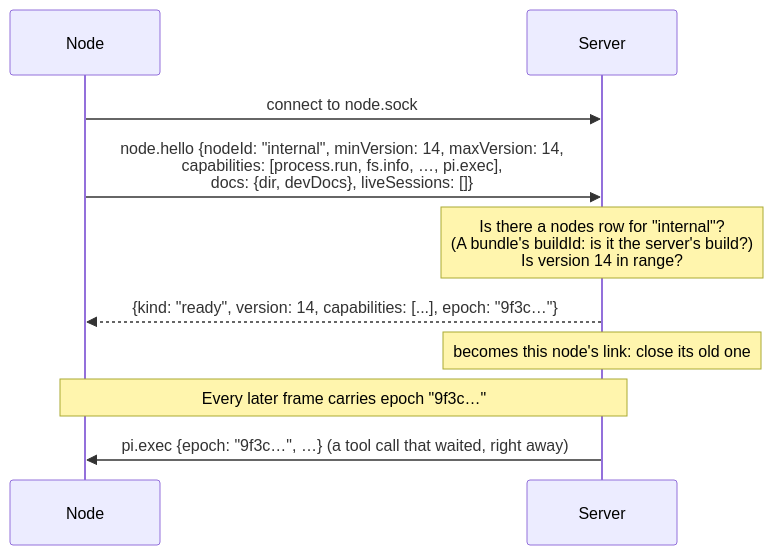
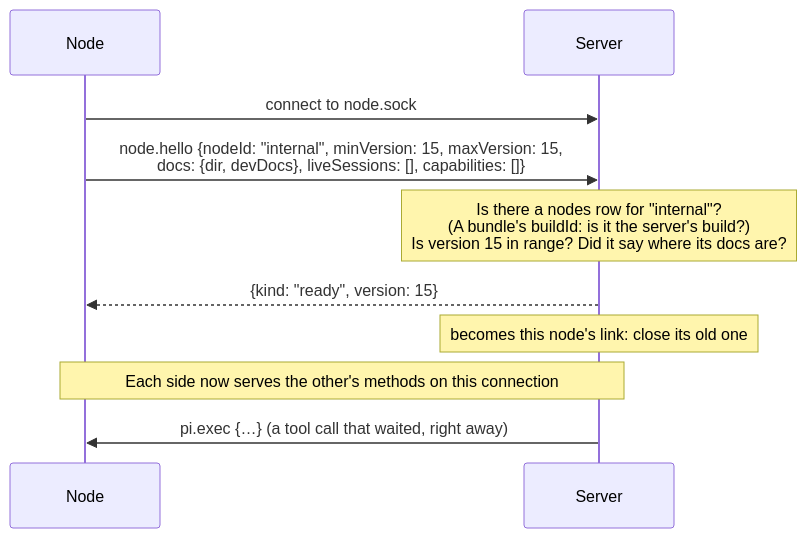
Before and after one commit to willtcarey/reins: the fourth of 9 diagrams in docs/dev/node-transport.md, drawn with Mermaid. The commit also changed other lines of this file and 31 other files, not shown here.

````diff
--- a/docs/dev/node-transport.md
+++ b/docs/dev/node-transport.md
@@ -269,12 +267,12 @@
 ```mermaid
 sequenceDiagram
     participant N as Node
     participant S as Server
     N->>S: connect to node.sock
-    N->>S: node.hello {nodeId: "internal", minVersion: 14, maxVersion: 14,<br/>capabilities: [process.run, fs.info, …, pi.exec],<br/>docs: {dir, devDocs}, liveSessions: []}
-    Note over S: Is there a nodes row for "internal"?<br/>(A bundle's buildId: is it the server's build?)<br/>Is version 14 in range?
-    S-->>N: {kind: "ready", version: 14, capabilities: [...], epoch: "9f3c…"}
+    N->>S: node.hello {nodeId: "internal", minVersion: 15, maxVersion: 15,<br/>docs: {dir, devDocs}, liveSessions: [], capabilities: []}
+    Note over S: Is there a nodes row for "internal"?<br/>(A bundle's buildId: is it the server's build?)<br/>Is version 15 in range? Did it say where its docs are?
+    S-->>N: {kind: "ready", version: 15}
     Note over S: becomes this node's link: close its old one
-    Note over N,S: Every later frame carries epoch "9f3c…"
-    S->>N: pi.exec {epoch: "9f3c…", …} (a tool call that waited, right away)
+    Note over N,S: Each side now serves the other's methods on this connection
+    S->>N: pi.exec {…} (a tool call that waited, right away)
 ```
````
